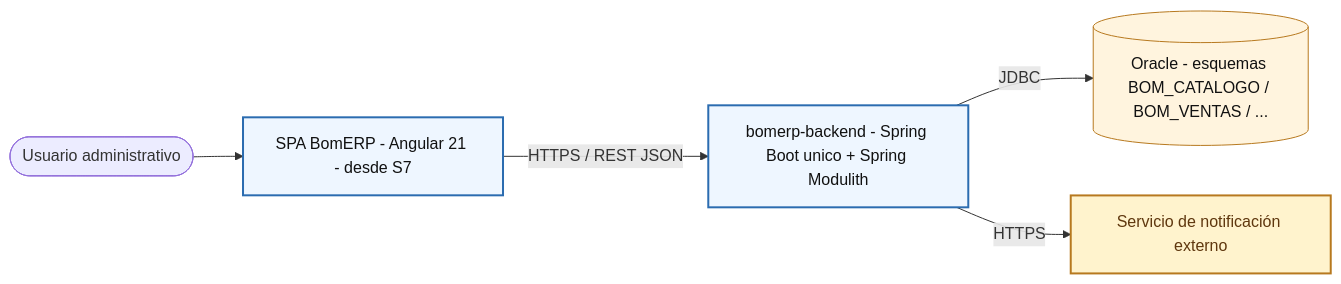
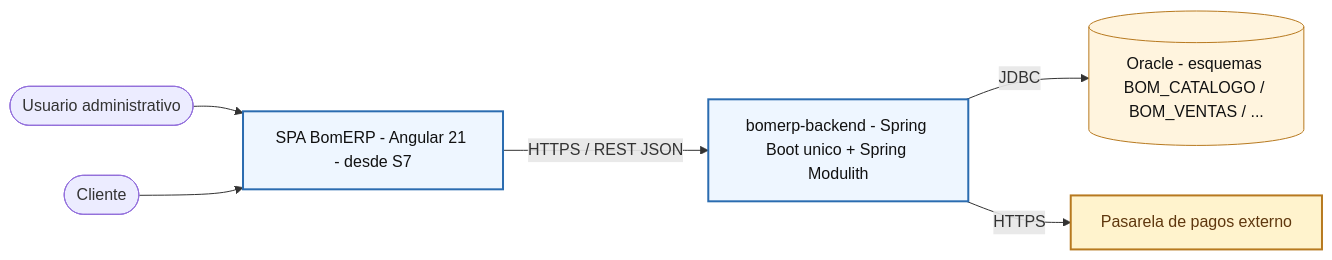
The tenth of 12 diagrams in docs/ads/sesiones/S02_Modelo_C4_Vistas_Arquitectonicas.md (262ciclo4/bomerp), drawn with Mermaid before and after one commit. The commit also changed other lines of this file and 1 other file, not shown here.

````diff
--- a/docs/ads/sesiones/S02_Modelo_C4_Vistas_Arquitectonicas.md
+++ b/docs/ads/sesiones/S02_Modelo_C4_Vistas_Arquitectonicas.md
@@ -219,20 +471,22 @@
 ```mermaid
 flowchart LR
     Usuario(["Usuario administrativo"])
+    Cliente(["Cliente"])
     SPA["SPA BomERP - Angular 21 - desde S7"]
     API["bomerp-backend - Spring Boot unico + Spring Modulith"]
     DB[("Oracle - esquemas BOM_CATALOGO / BOM_VENTAS / ...")]
-    Notif["Servicio de notificación externo"]
+    Pagos["Pasarela de pagos externo"]
 
     Usuario --> SPA
+    Cliente --> SPA
     SPA -->|"HTTPS / REST JSON"| API
     API -->|"JDBC"| DB
-    API -->|"HTTPS"| Notif
+    API -->|"HTTPS"| Pagos
 
     classDef container fill:#eef6ff,stroke:#2b6cb0,stroke-width:2px,color:#111;
     classDef db fill:#fff4de,stroke:#b7791f,color:#111;
     classDef external fill:#fff3cd,stroke:#b7791f,stroke-width:2px,color:#5f370e;
     class SPA,API container;
     class DB db;
-    class Notif external;
+    class Pagos external;
 ```
````
